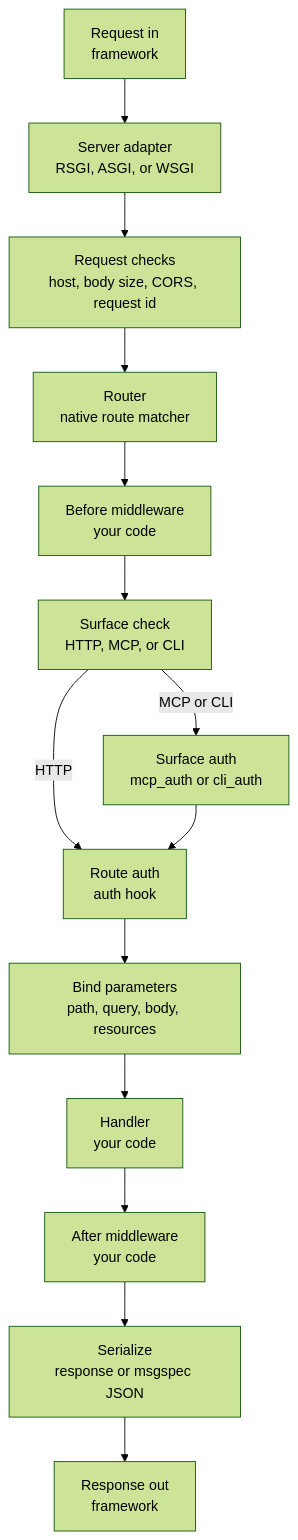
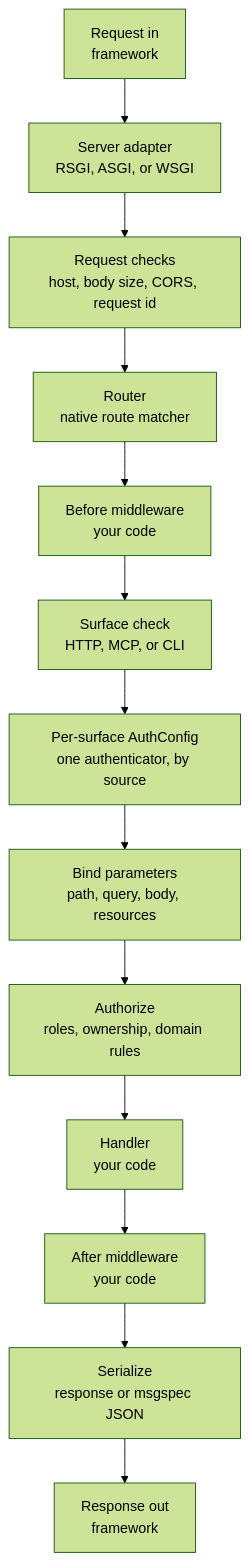
One commit to yanurag-dev/quater changed the first of 2 diagrams in docs/en/dev/index.md. Above: the diagram before and after it, drawn with Mermaid (forest theme). The commit also changed other lines of this file and 80 other files, not shown here.

Commit message:
Fixed #54 -- Refactored authentication into per surface control layer.

````diff
--- a/docs/en/dev/index.md
+++ b/docs/en/dev/index.md
@@ -81,21 +82,19 @@
 ```mermaid
 flowchart TB
     request_in["Request in<br/>framework"]
     adapter["Server adapter<br/>RSGI, ASGI, or WSGI"]
     checks["Request checks<br/>host, body size, CORS, request id"]
     router["Router<br/>native route matcher"]
     before["Before middleware<br/>your code"]
     surface["Surface check<br/>HTTP, MCP, or CLI"]
-    surface_auth["Surface auth<br/>mcp_auth or cli_auth"]
-    route_auth["Route auth<br/>auth hook"]
+    surface_auth["Per-surface AuthConfig<br/>one authenticator, by source"]
     bind["Bind parameters<br/>path, query, body, resources"]
+    authorize["Authorize<br/>roles, ownership, domain rules"]
     handler["Handler<br/>your code"]
     after["After middleware<br/>your code"]
     serialize["Serialize<br/>response or msgspec JSON"]
     response_out["Response out<br/>framework"]
 
     request_in --> adapter --> checks --> router --> before --> surface
-    surface -->|HTTP| route_auth
-    surface -->|MCP or CLI| surface_auth --> route_auth
-    route_auth --> bind --> handler --> after --> serialize --> response_out
+    surface --> surface_auth --> bind --> authorize --> handler --> after --> serialize --> response_out
 ```
````
